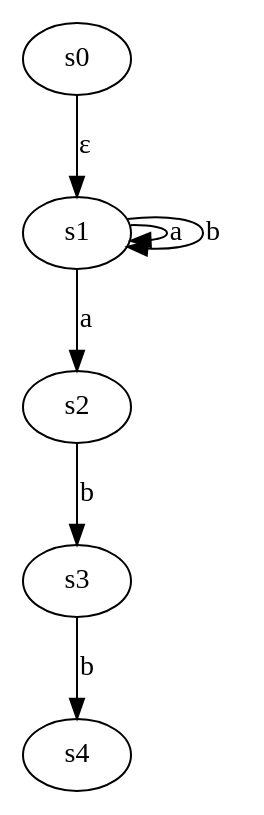
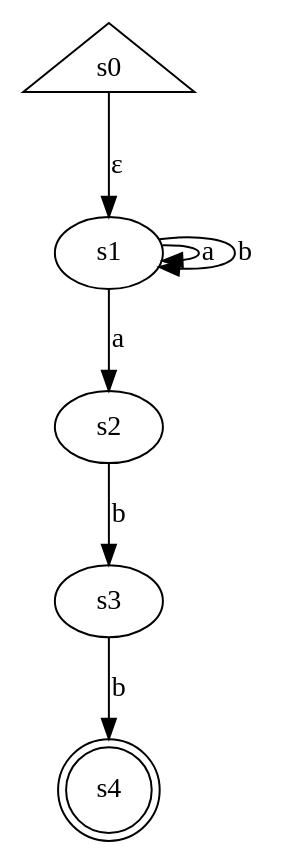
The diagram in nfa1.dot (realzhujunhao/jhautomata), drawn with Graphviz before and after one commit. The commit also changed 8 other files, not shown here.

```diff
--- a/nfa1.dot
+++ b/nfa1.dot
@@ -1,13 +1,13 @@
 digraph {
-    0 [ label = "s0" ]
+    0 [ label = "s0" shape = triangle]
     1 [ label = "s1" ]
     2 [ label = "s2" ]
     3 [ label = "s3" ]
-    4 [ label = "s4" ]
+    4 [ label = "s4" shape = doublecircle]
     0 -> 1 [ label = "ε" ]
     1 -> 1 [ label = "a" ]
     1 -> 2 [ label = "a" ]
     1 -> 1 [ label = "b" ]
     2 -> 3 [ label = "b" ]
     3 -> 4 [ label = "b" ]
 }
```
